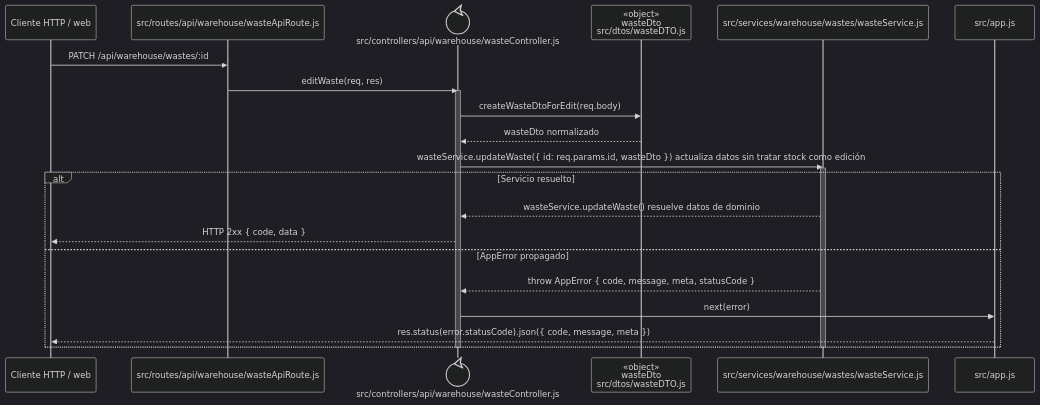
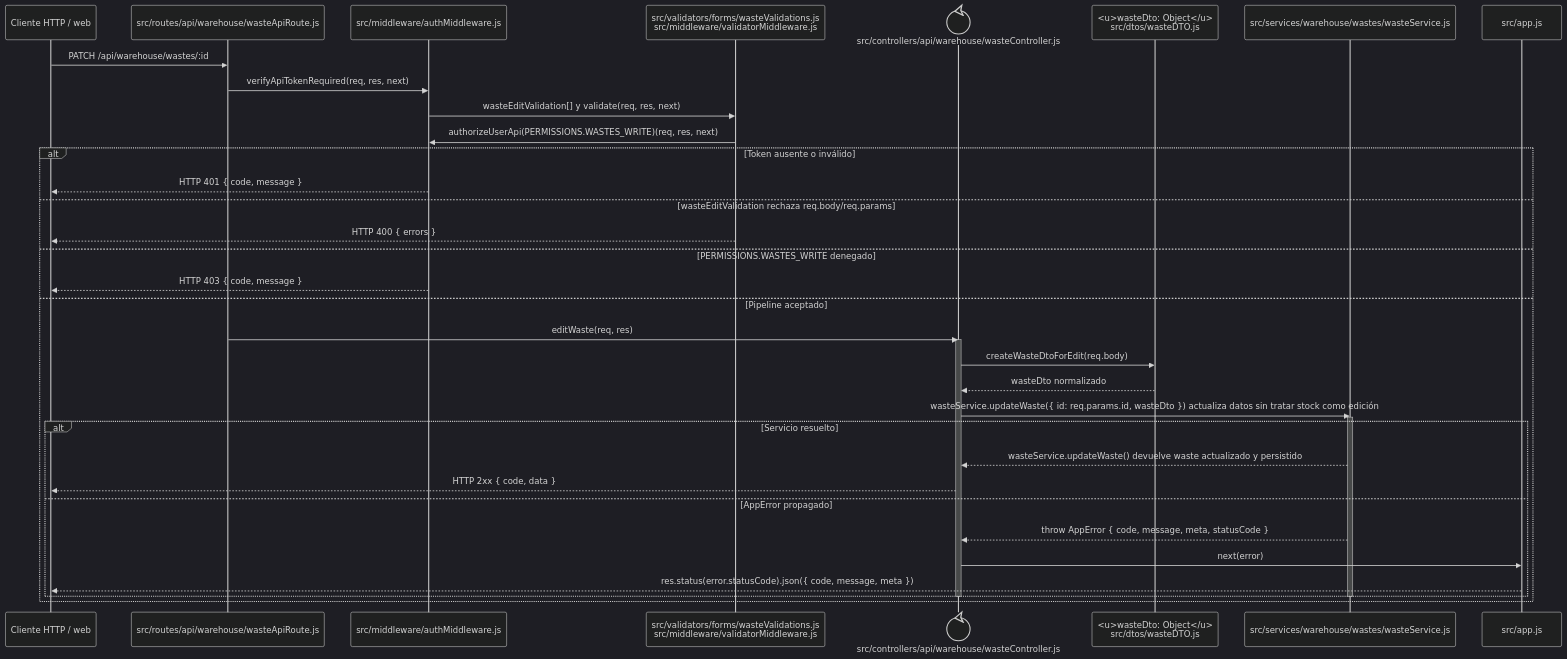
Before and after one commit to gpgsistemas01/nexus: the diagram in docs/architecture/backend-code-sequences/catalogs/cu-alm-11.md, drawn with Mermaid (dark theme). The commit also changed 102 other files, not shown here.

````diff
--- a/docs/architecture/backend-code-sequences/catalogs/cu-alm-11.md
+++ b/docs/architecture/backend-code-sequences/catalogs/cu-alm-11.md
@@ -6,27 +6,40 @@
 ```mermaid
 sequenceDiagram
     participant Client as Cliente HTTP / web
     participant Route as src/routes/api/warehouse/wasteApiRoute.js
+    participant Auth as src/middleware/authMiddleware.js
+    participant Validator as src/validators/forms/wasteValidations.js<br/>src/middleware/validatorMiddleware.js
     participant Controller@{ "type": "control" } as src/controllers/api/warehouse/wasteController.js
-    participant WasteDto as «object»<br/>wasteDto<br/>src/dtos/wasteDTO.js
+    participant WasteDto as <u>wasteDto: Object</u><br/>src/dtos/wasteDTO.js
     participant Domain as src/services/warehouse/wastes/wasteService.js
     participant ErrorHandler as src/app.js
 
     Client->>Route: PATCH /api/warehouse/wastes/:id
-    Route->>Controller: editWaste(req, res)
-    activate Controller
-    Controller->>WasteDto: createWasteDtoForEdit(req.body)
-    WasteDto-->>Controller: wasteDto normalizado
-    Controller->>Domain: wasteService.updateWaste({ id: req.params.id, wasteDto }) actualiza datos sin tratar stock como edición
-    activate Domain
-    alt Servicio resuelto
-        Domain-->>Controller: wasteService.updateWaste() resuelve datos de dominio
-        Controller-->>Client: HTTP 2xx { code, data }
-    else AppError propagado
-        Domain-->>Controller: throw AppError { code, message, meta, statusCode }
-        Controller->>ErrorHandler: next(error)
-        ErrorHandler-->>Client: res.status(error.statusCode).json({ code, message, meta })
+    Route->>Auth: verifyApiTokenRequired(req, res, next)
+    Auth->>Validator: wasteEditValidation[] y validate(req, res, next)
+    Validator->>Auth: authorizeUserApi(PERMISSIONS.WASTES_WRITE)(req, res, next)
+    alt Token ausente o inválido
+        Auth-->>Client: HTTP 401 { code, message }
+    else wasteEditValidation rechaza req.body/req.params
+        Validator-->>Client: HTTP 400 { errors }
+    else PERMISSIONS.WASTES_WRITE denegado
+        Auth-->>Client: HTTP 403 { code, message }
+    else Pipeline aceptado
+        Route->>Controller: editWaste(req, res)
+        activate Controller
+        Controller->>WasteDto: createWasteDtoForEdit(req.body)
+        WasteDto-->>Controller: wasteDto normalizado
+        Controller->>Domain: wasteService.updateWaste({ id: req.params.id, wasteDto }) actualiza datos sin tratar stock como edición
+        activate Domain
+        alt Servicio resuelto
+            Domain-->>Controller: wasteService.updateWaste() devuelve waste actualizado y persistido
+            Controller-->>Client: HTTP 2xx { code, data }
+        else AppError propagado
+            Domain-->>Controller: throw AppError { code, message, meta, statusCode }
+            Controller->>ErrorHandler: next(error)
+            ErrorHandler-->>Client: res.status(error.statusCode).json({ code, message, meta })
+        end
+        deactivate Domain
+        deactivate Controller
     end
-    deactivate Domain
-    deactivate Controller
 ```
````
